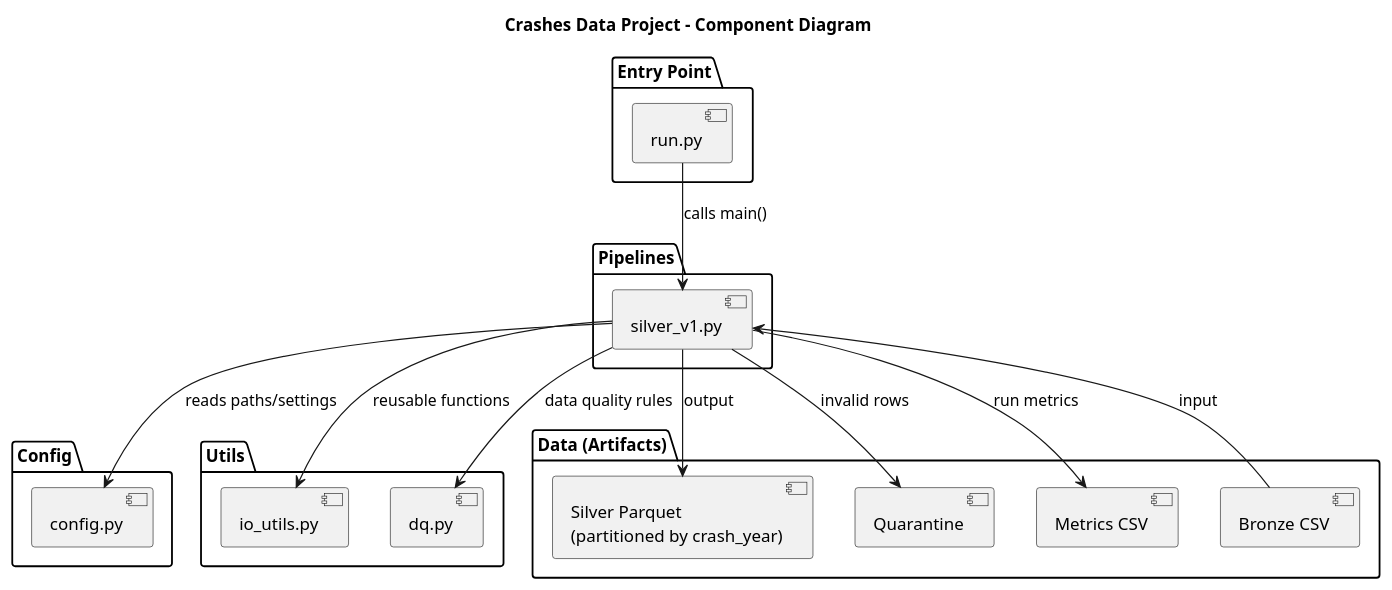
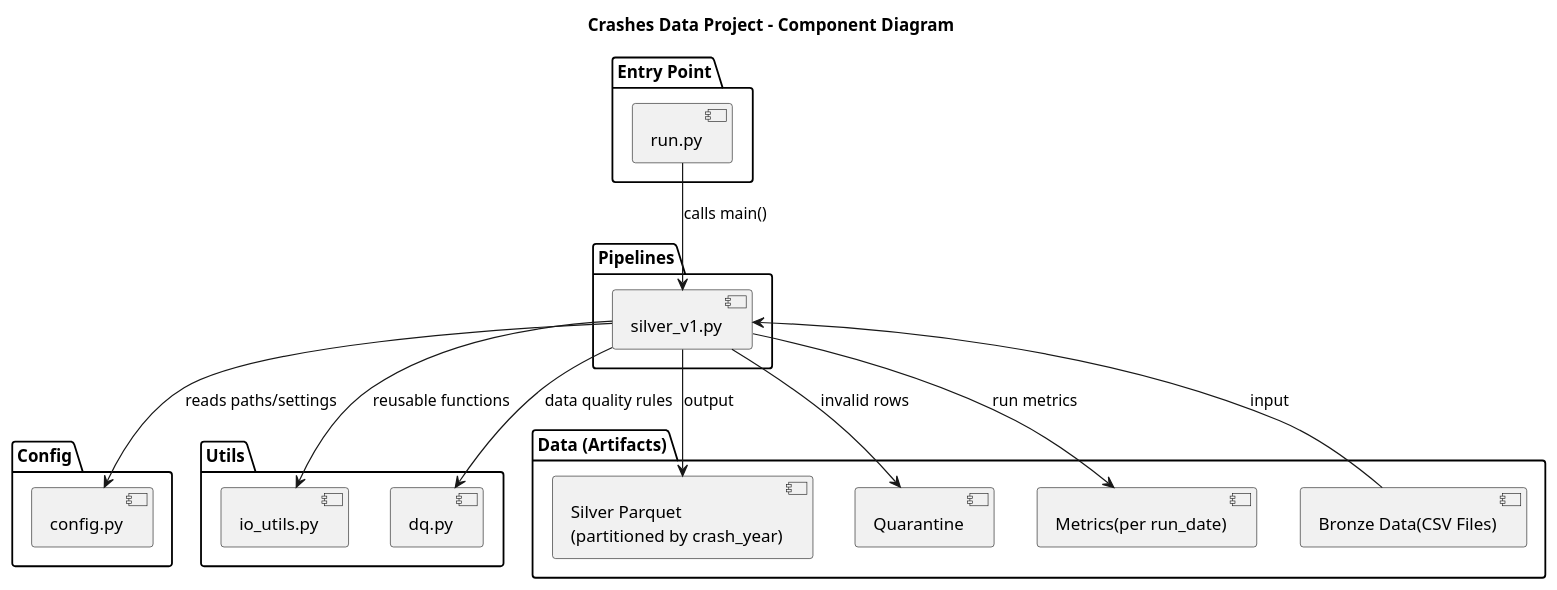
The diagram in docs/uml/component.puml (luisgfinger/crashes_data_project), drawn with PlantUML before and after one commit. The commit also changed 10 other files, not shown here.

```diff
--- a/docs/uml/component.puml
+++ b/docs/uml/component.puml
@@ -1,39 +1,39 @@
 @startuml
 
 title Crashes Data Project - Component Diagram
 
 package "Entry Point" {
   [run.py] as run
 }
 
 package "Pipelines" {
   [silver_v1.py] as silver
 }
 
 package "Config" {
   [config.py] as config
 }
 
 package "Utils" {
   [io_utils.py] as io
   [dq.py] as dq
 }
 
 package "Data (Artifacts)" {
-  [Bronze CSV] as bronze
+  [Bronze Data(CSV Files)] as bronze
   [Silver Parquet\n(partitioned by crash_year)] as silver_data
   [Quarantine] as quarantine
-  [Metrics CSV] as metrics
+  [Metrics(per run_date)] as metrics
 }
 
 run --> silver : calls main()
 silver --> config : reads paths/settings
 silver --> io : reusable functions
 silver --> dq : data quality rules
 
 bronze --> silver : input
 silver --> silver_data : output
 silver --> quarantine : invalid rows
 silver --> metrics : run metrics
 
 @enduml
```
